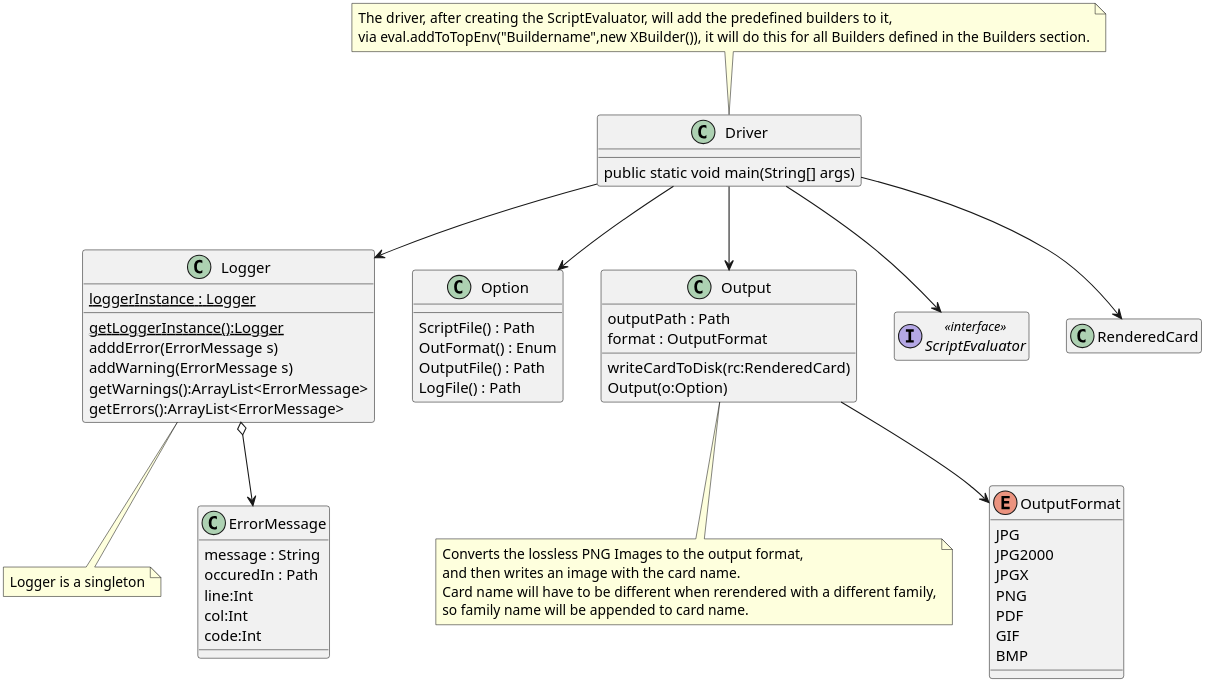
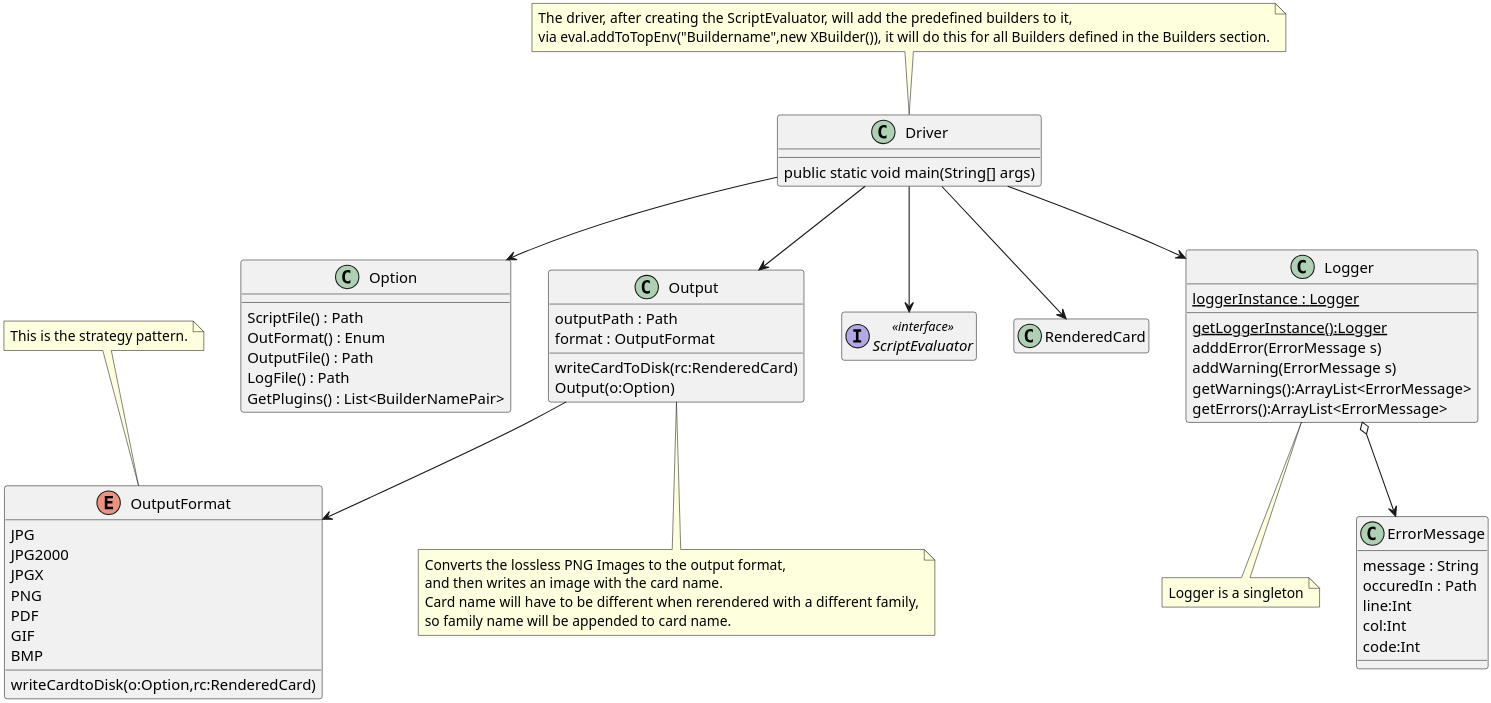
The diagram in Structure/Driver.org (MatthewBregg/DesignPatternsRepo), drawn with PlantUML before and after one commit. The commit also changed 2 other files, not shown here.

Commit message:
Updated drvier Driver now has strategy in output, and option has the builder plugins.

```diff
--- a/Structure/Driver.org
+++ b/Structure/Driver.org
@@ -95,80 +95,84 @@
 #+BEGIN_SRC plantuml :file DriverUML.png
 skinparam dpi 300
 
 class Logger
 Logger : {static} loggerInstance : Logger
 Logger : {static} getLoggerInstance():Logger
 Logger : adddError(ErrorMessage s)
 Logger : addWarning(ErrorMessage s)
 Logger : getWarnings():ArrayList<ErrorMessage>
 Logger : getErrors():ArrayList<ErrorMessage>
 note bottom : Logger is a singleton 
 
 
 
 class ErrorMessage
 ErrorMessage : message : String
 ErrorMessage : occuredIn : Path
 ErrorMessage : line:Int
 ErrorMessage : col:Int
 ErrorMessage : code:Int
 
 Logger o--> ErrorMessage 
 
 class Option
 Option : ScriptFile() : Path
 Option : OutFormat() : Enum
 Option : OutputFile() : Path
 Option : LogFile() : Path
+Option : GetPlugins() : List<BuilderNamePair>
 
 class Output
 Output : outputPath : Path
 Output : format : OutputFormat
 Output : writeCardToDisk(rc:RenderedCard)
 Output : Output(o:Option)
 note bottom of Output
  Converts the lossless PNG Images to the output format,
  and then writes an image with the card name.
  Card name will have to be different when rerendered with a different family,
  so family name will be appended to card name.
 end note
 
 
 enum OutputFormat {
   JPG
   JPG2000
   JPGX
   PNG
   PDF
   GIF
   BMP
 }
+
+OutputFormat : writeCardtoDisk(o:Option,rc:RenderedCard)
+note top : This is the strategy pattern.
 
 class Driver
 Driver : public static void main(String[] args)
 
 note top of Driver 
  The driver, after creating the ScriptEvaluator, will add the predefined builders to it,
  via eval.addToTopEnv("Buildername",new XBuilder()), it will do this for all Builders defined in the Builders section.
 end note
 
 Output --> OutputFormat
 
 interface ScriptEvaluator << interface >>
 hide ScriptEvaluator methods
 hide ScriptEvaluator members
 
 class RenderedCard
 hide RenderedCard methods
 hide RenderedCard members
 
 Driver --> Output
 Driver --> ScriptEvaluator
 Driver --> Option
 Driver --> Logger
 Driver --> RenderedCard
   
 
 
 
 #+END_SRC
```
